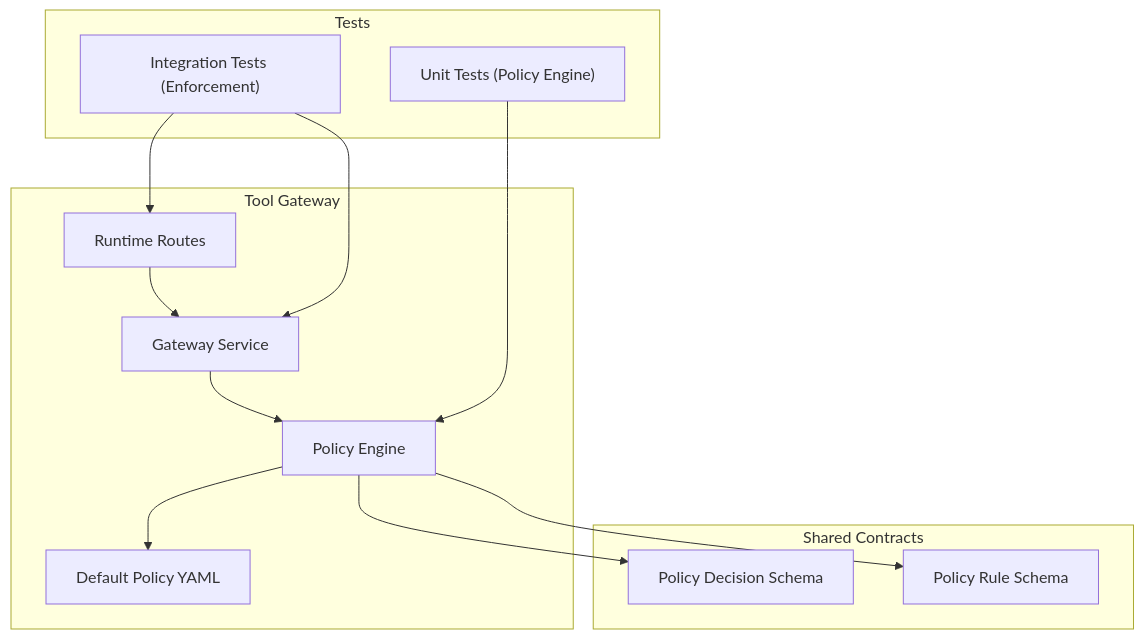
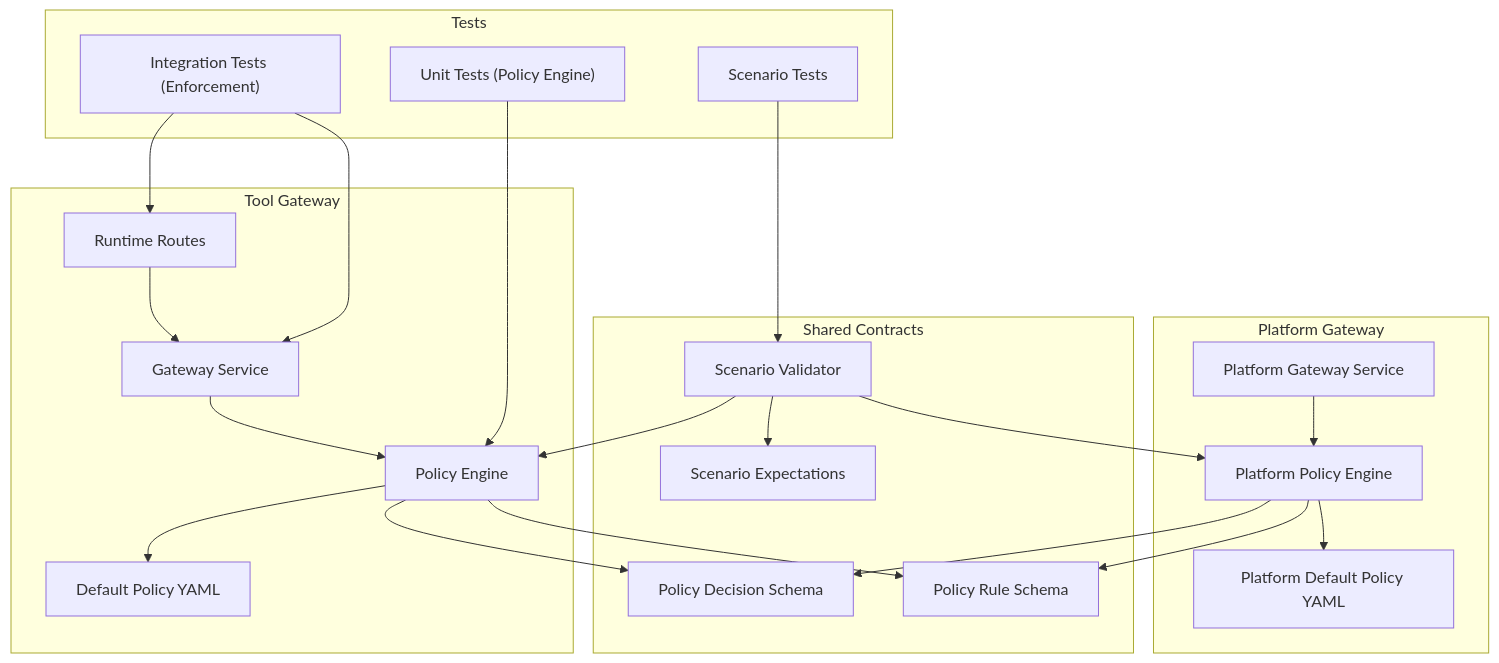
Before and after one commit to metasync/luban-aiops: the first of 7 diagrams in .qoder/repowiki/en/content/Policy Management/Policy Testing and Validation.md, drawn with Mermaid. The commit also changed other lines of this file and 16 other files, not shown here.

````diff
--- a/.qoder/repowiki/en/content/Policy Management/Policy Testing and Validation.md
+++ b/.qoder/repowiki/en/content/Policy Management/Policy Testing and Validation.md
@@ -44,25 +58,41 @@
 ```mermaid
 graph TB
 subgraph "Tool Gateway"
 GW["Gateway Service"]
 PE["Policy Engine"]
 RT["Runtime Routes"]
 POL["Default Policy YAML"]
 end
+subgraph "Platform Gateway"
+PGW["Platform Gateway Service"]
+PPE["Platform Policy Engine"]
+PPOL["Platform Default Policy YAML"]
+end
 subgraph "Shared Contracts"
 SCHEMA_DEC["Policy Decision Schema"]
 SCHEMA_RULE["Policy Rule Schema"]
+SCENARIOS["Scenario Expectations"]
+VALIDATOR["Scenario Validator"]
 end
 subgraph "Tests"
 UTEST["Unit Tests (Policy Engine)"]
 ITEST["Integration Tests (Enforcement)"]
+STEST["Scenario Tests"]
 end
 RT --> GW
 GW --> PE
 PE --> POL
 PE --> SCHEMA_DEC
 PE --> SCHEMA_RULE
+PGW --> PPE
+PPE --> PPOL
+PPE --> SCHEMA_DEC
+PPE --> SCHEMA_RULE
+STEST --> VALIDATOR
+VALIDATOR --> SCENARIOS
+VALIDATOR --> PE
+VALIDATOR --> PPE
 UTEST --> PE
 ITEST --> GW
 ITEST --> RT
 ```
````
